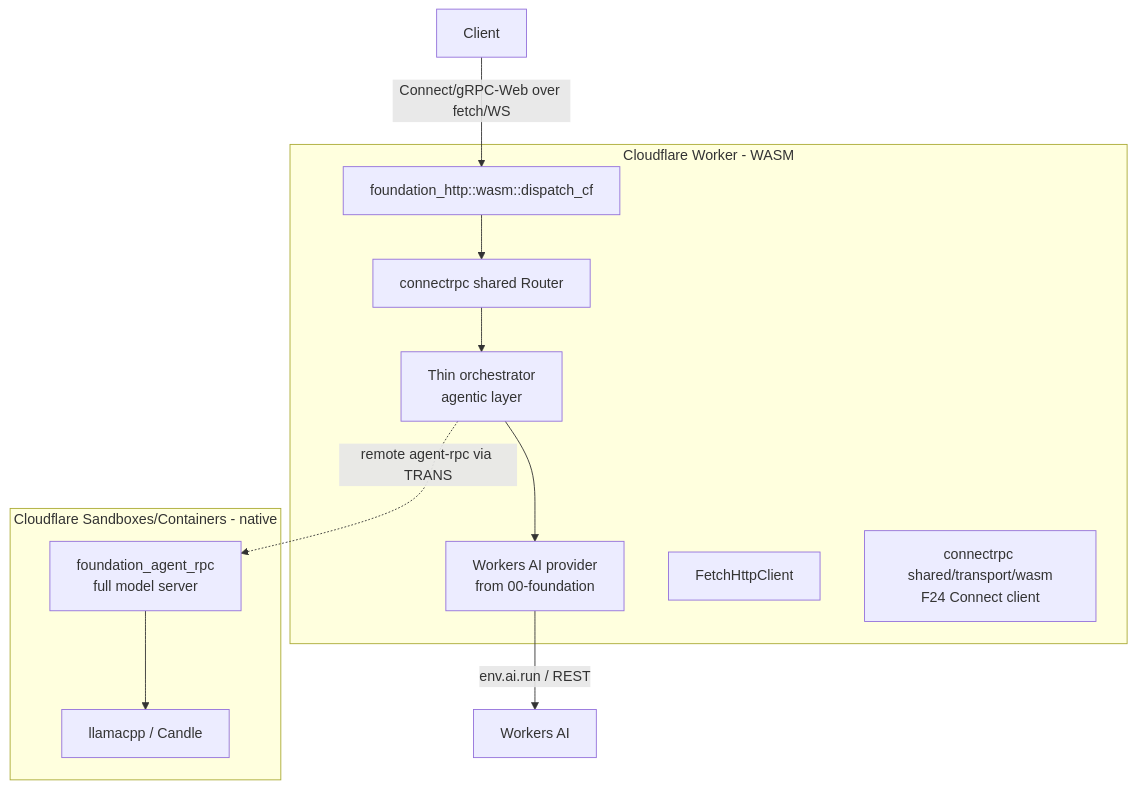
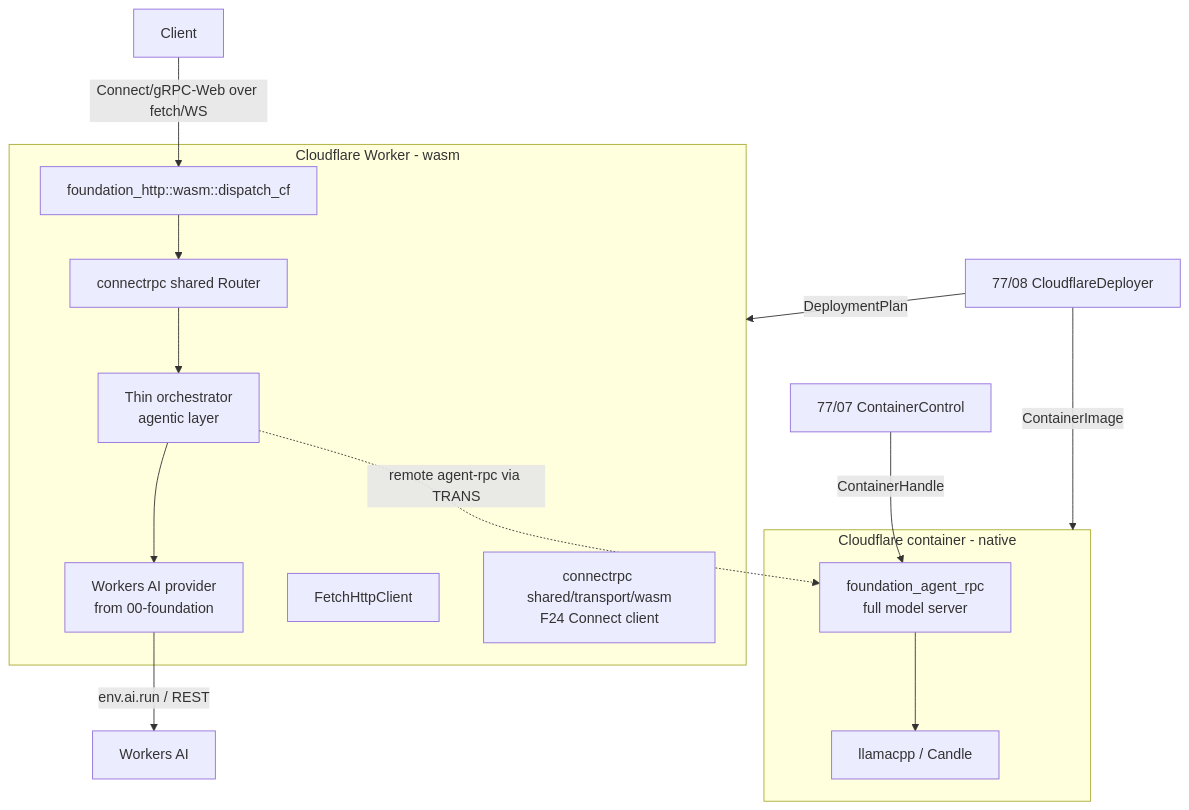
The second of 3 diagrams in specifications/83-agent-rpc-serving-system/features/06-cloudflare/feature.md (ewe-studios/ewe_platform), drawn with Mermaid before and after one commit. The commit also changed other lines of this file and 19 other files, not shown here.

````diff
--- a/specifications/83-agent-rpc-serving-system/features/06-cloudflare/feature.md
+++ b/specifications/83-agent-rpc-serving-system/features/06-cloudflare/feature.md
@@ -132,22 +178,28 @@
 ```mermaid
 graph TD
-    subgraph Worker[Cloudflare Worker - WASM]
+    subgraph Worker[Cloudflare Worker - wasm]
         ORCH[Thin orchestrator<br/>agentic layer]
         WAI[Workers AI provider<br/>from 00-foundation]
         CF[foundation_http::wasm::dispatch_cf]
         ROUTER[connectrpc shared Router]
         FETCH[FetchHttpClient]
         TRANS[connectrpc shared/transport/wasm<br/>F24 Connect client]
     end
 
-    subgraph Sandbox[Cloudflare Sandboxes/Containers - native]
+    subgraph Container[Cloudflare container - native]
         ARPC[foundation_agent_rpc<br/>full model server]
         LLAMA[llamacpp / Candle]
     end
+
+    S77C[77/07 ContainerControl]
+    S77D[77/08 CloudflareDeployer]
 
     CLI[Client] -->|Connect/gRPC-Web over fetch/WS| CF
     CF --> ROUTER --> ORCH
     ORCH --> WAI -->|env.ai.run / REST| AI[Workers AI]
     ORCH -.->|remote agent-rpc via TRANS| ARPC
     ARPC --> LLAMA
+    S77C -->|ContainerHandle| ARPC
+    S77D -->|DeploymentPlan| Worker
+    S77D -->|ContainerImage| Container
 ```
````
